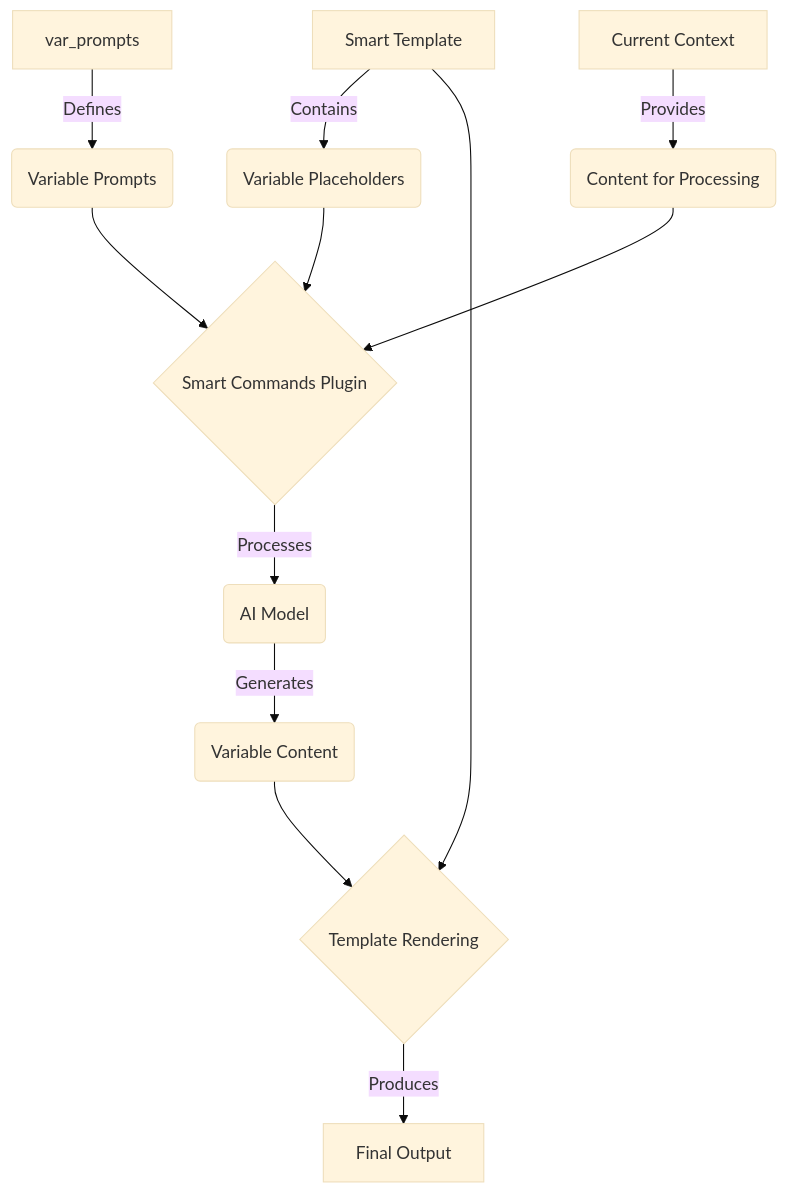
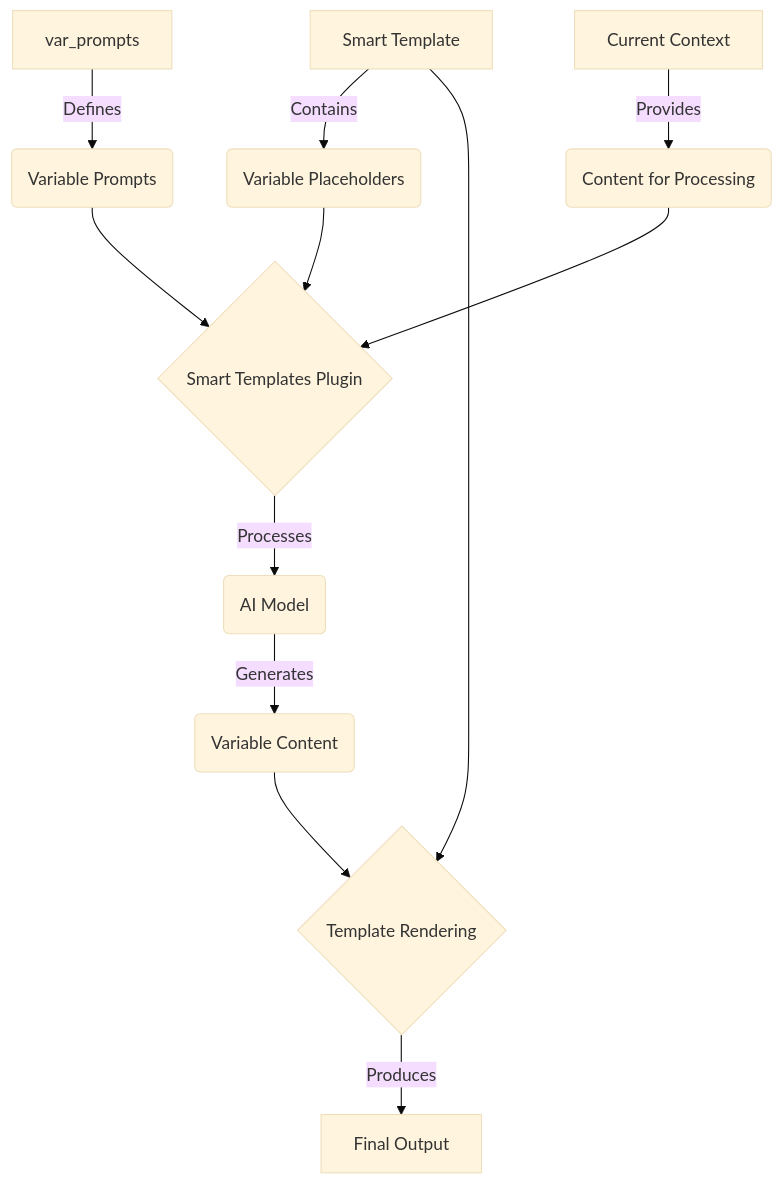
One commit to brianpetro/obsidian-smart-templates changed the diagram in README.md. Above: the diagram before and after it, drawn with Mermaid (base theme). The commit also changed other lines of this file and 5 other files, not shown here.

Commit message:
rename to Smart Templates

````diff
--- a/README.md
+++ b/README.md
@@ -70,14 +68,14 @@
 ```mermaid
 graph TD
   A[Smart Template] -->|Contains| B(Variable Placeholders)
   C[var_prompts] -->|Defines| D(Variable Prompts)
   E[Current Context] -->|Provides| F(Content for Processing)
-  B --> G{Smart Commands Plugin}
+  B --> G{Smart Templates Plugin}
   D --> G
   F --> G
   G -->|Processes| H(AI Model)
   H -->|Generates| I(Variable Content)
   I --> J{Template Rendering}
   A --> J
   J -->|Produces| K[Final Output]
 ```
````
